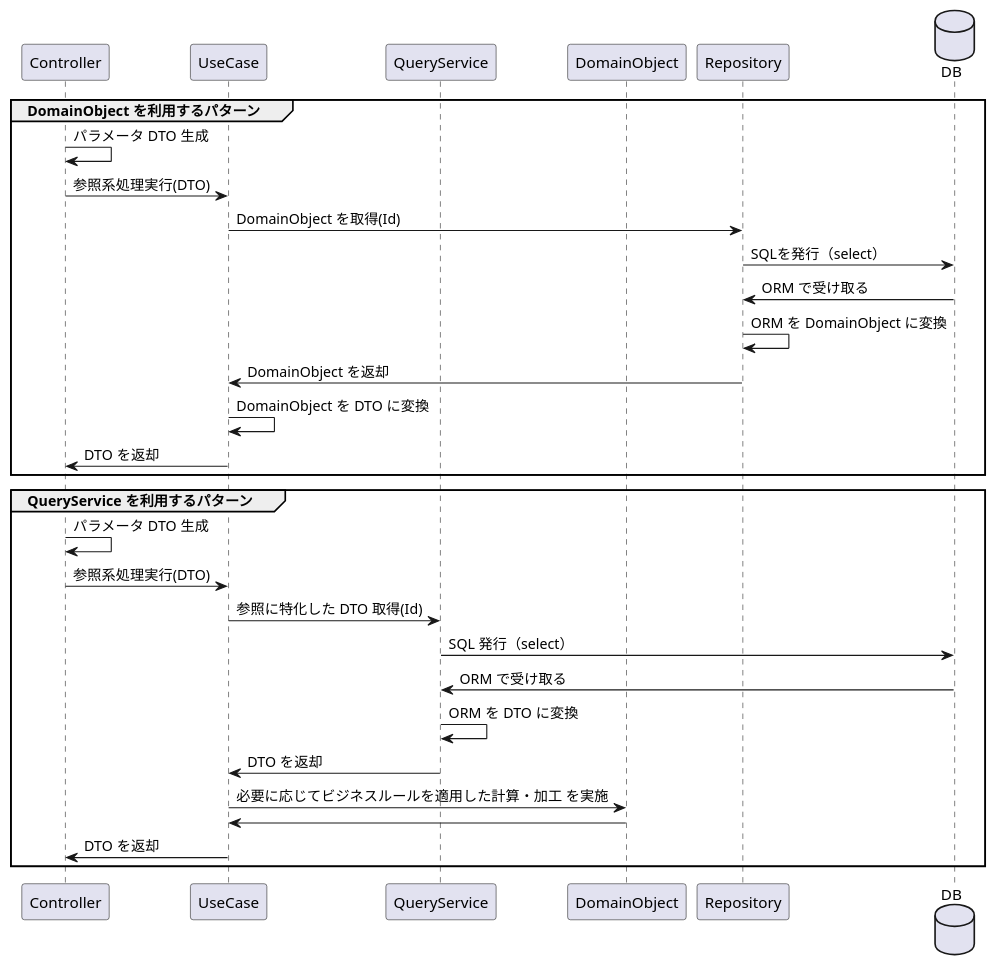
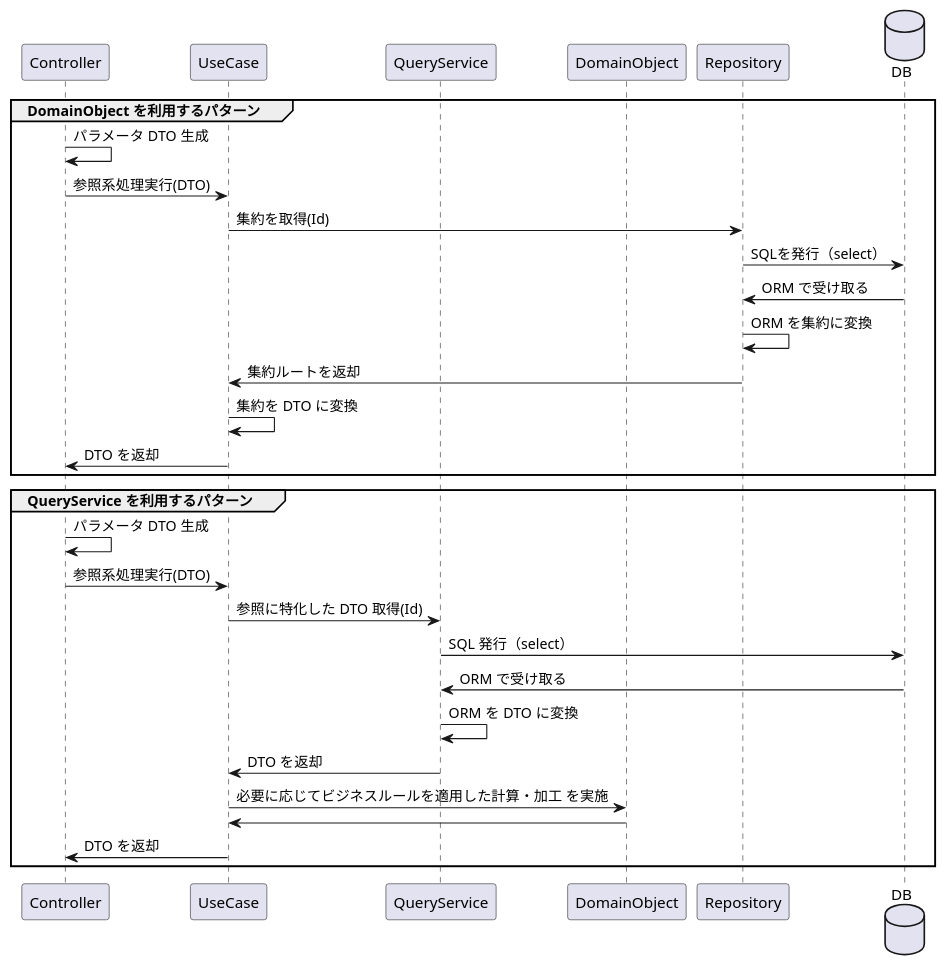
One commit to TakashiOnawa/ddd-architecture changed the diagram in diagrams/LayerStructure_QueryFlow.pu. Above: the diagram before and after it, drawn with PlantUML. The commit also changed 4 other files, not shown here.

Commit message:
diagram の修正

```diff
--- a/diagrams/LayerStructure_QueryFlow.pu
+++ b/diagrams/LayerStructure_QueryFlow.pu
@@ -1,35 +1,35 @@
 @startuml LayerStructure_QueryFlow
 
 participant Controller
 participant UseCase
 participant QueryService
 participant DomainObject
 participant Repository
 database DB
 
 group DomainObject を利用するパターン
     Controller -> Controller: パラメータ DTO 生成
     Controller -> UseCase: 参照系処理実行(DTO)
-    UseCase -> Repository: DomainObject を取得(Id)
+    UseCase -> Repository: 集約を取得(Id)
     Repository -> DB: SQLを発行（select）
     DB -> Repository: ORM で受け取る
-    Repository -> Repository: ORM を DomainObject に変換
-    Repository -> UseCase: DomainObject を返却
-    UseCase -> UseCase: DomainObject を DTO に変換
+    Repository -> Repository: ORM を集約に変換
+    Repository -> UseCase: 集約ルートを返却
+    UseCase -> UseCase: 集約を DTO に変換
     UseCase -> Controller: DTO を返却
 end
 
 group QueryService を利用するパターン
     Controller -> Controller: パラメータ DTO 生成
     Controller -> UseCase: 参照系処理実行(DTO)
     UseCase -> QueryService: 参照に特化した DTO 取得(Id)
     QueryService -> DB: SQL 発行（select）
     DB -> QueryService: ORM で受け取る
     QueryService -> QueryService: ORM を DTO に変換
     QueryService -> UseCase: DTO を返却
     UseCase -> DomainObject: 必要に応じてビジネスルールを適用した計算・加工 を実施
     DomainObject -> UseCase
     UseCase -> Controller: DTO を返却
 end
 
 @enduml
```
